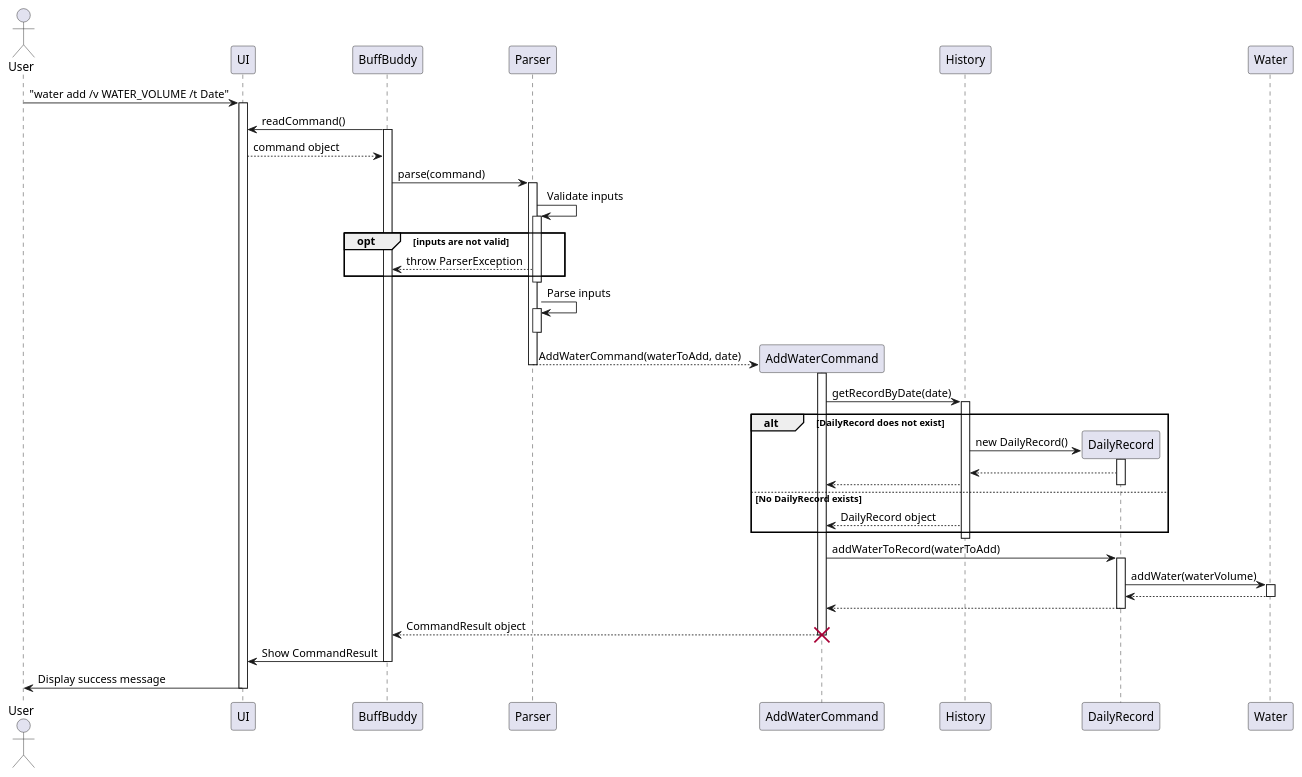
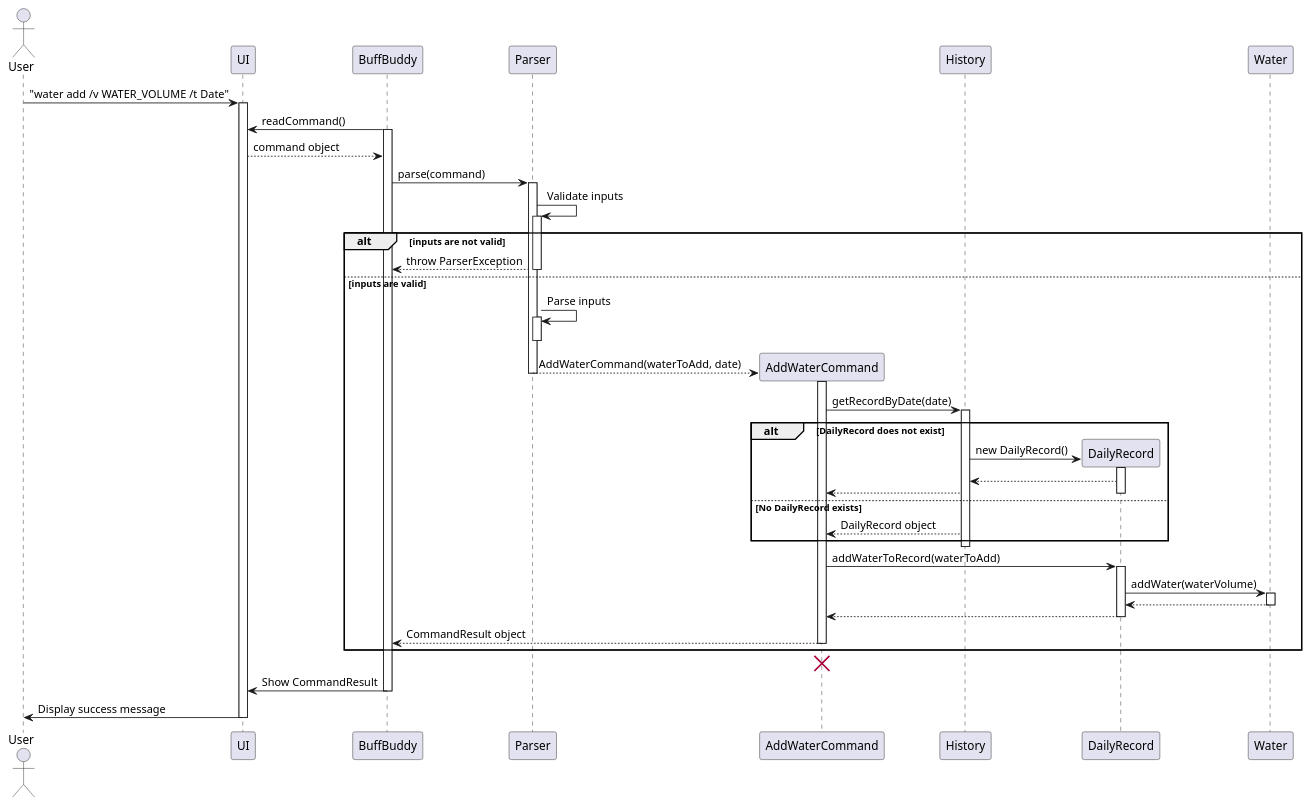
One commit to nus-cs2113-AY2425S1/tp changed the diagram in docs/diagrams/addWaterSequenceDiagram.puml. Above: the diagram before and after it, drawn with PlantUML. The commit also changed 1 other file, not shown here.

```diff
--- a/docs/diagrams/addWaterSequenceDiagram.puml
+++ b/docs/diagrams/addWaterSequenceDiagram.puml
@@ -1,71 +1,72 @@
 @startuml
 actor User
 participant "UI" as UI
 participant "BuffBuddy" as BB
 participant "Parser" as Parser
 participant "AddWaterCommand" as AddCmd
 participant "History" as History
 participant "DailyRecord" as DailyRec
 
 User -> UI: "water add /v WATER_VOLUME /t Date"
 activate UI
 BB -> UI: readCommand()
 activate BB
 UI --> BB: command object
 BB -> Parser: parse(command)
 activate Parser
 
 Parser -> Parser : Validate inputs
 activate Parser
-opt inputs are not valid
+alt inputs are not valid
     Parser --> BB : throw ParserException
-    end
+else inputs are valid
 deactivate Parser
 
 Parser -> Parser : Parse inputs
 activate Parser
 deactivate Parser
 create AddCmd
 Parser --> AddCmd: AddWaterCommand(waterToAdd, date)
 deactivate Parser
 
 activate AddCmd
 
 AddCmd -> History: getRecordByDate(date)
 activate History
 
 alt DailyRecord does not exist
   create DailyRec
   History -> DailyRec: new DailyRecord()
   activate DailyRec
   DailyRec --> History
   History --> AddCmd
   deactivate DailyRec
 else No DailyRecord exists
   History --> AddCmd: DailyRecord object
 end
 deactivate History
 
 AddCmd -> DailyRec: addWaterToRecord(waterToAdd)
 activate DailyRec
 
 DailyRec -> Water : addWater(waterVolume)
 activate Water
 
 Water --> DailyRec
 deactivate Water
 
 
 DailyRec --> AddCmd
 deactivate DailyRec
 
 AddCmd --> BB: CommandResult object
 deactivate AddCmd
+end
 destroy AddCmd
 
 BB -> UI: Show CommandResult
 deactivate BB
 
 UI -> User: Display success message
 deactivate UI
 @enduml
```
